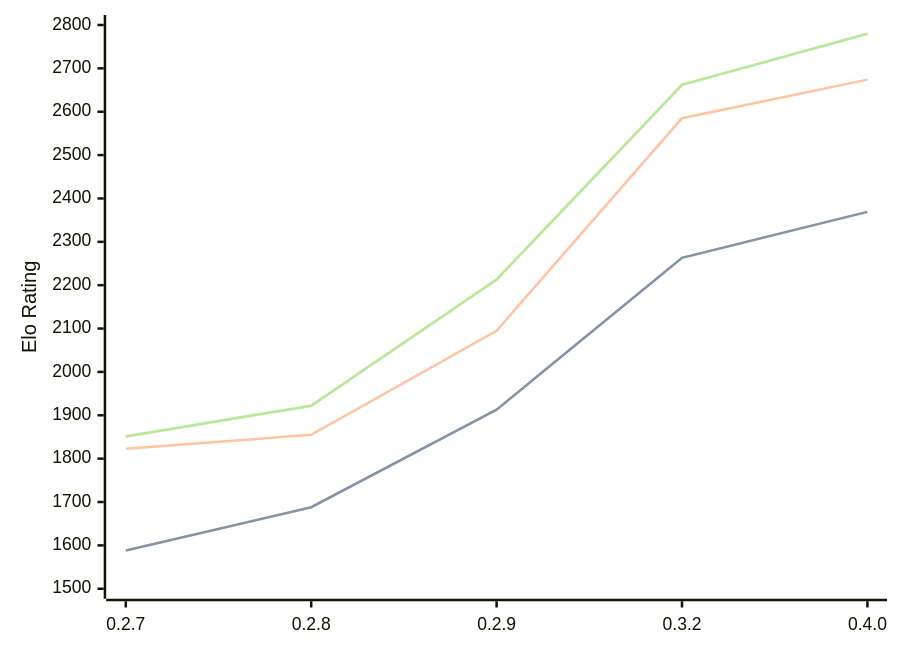
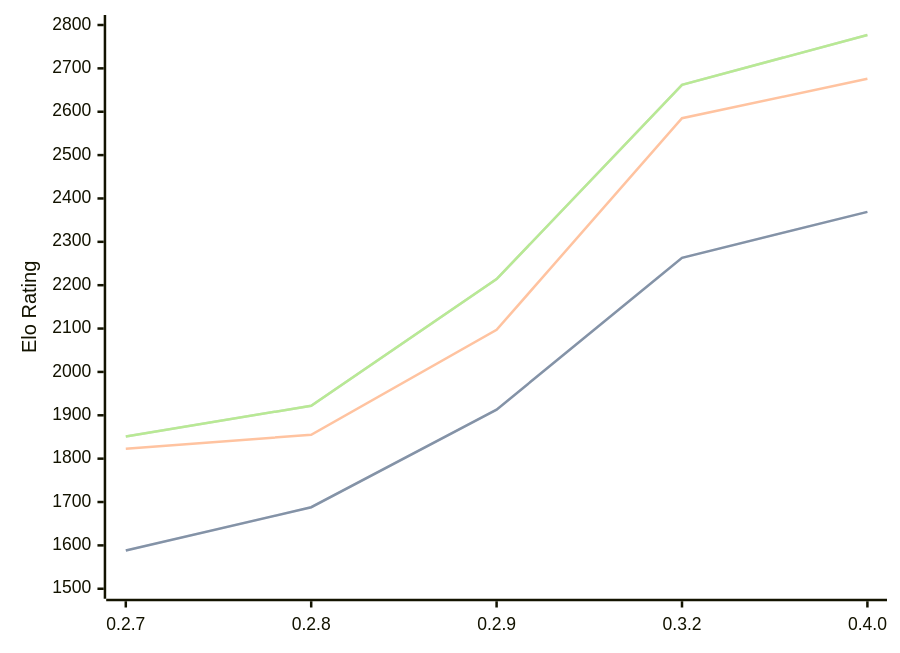
One commit to computer-chess-index/cci changed the diagram in engines/Dual.md. Above: the diagram before and after it, drawn with Mermaid. The commit also changed other lines of this file, not shown here.

Commit message:
Update CCI Ratings (ELO VLTC) - 2026-07-25

````diff
--- a/engines/Dual.md
+++ b/engines/Dual.md
@@ -45,11 +45,11 @@
 ```mermaid
 %%{init: {"theme":"base","themeVariables":{"seriesColors:['#a3a3a3','#222221','#faa371']}}}%%
 xychart-beta
   x-axis ["0.2.7", "0.2.8", "0.2.9", "0.3.2", "0.4.0"]
   y-axis "Elo Rating" 1500 --> 2800
   line "STC (8.0+0.08s)" [1588, 1688, 1913, 2263, 2369]
   line "STC (8.0+0.08s)" [1588, 1688, 1913, 2263, 2369]
-  line "LTC (60.0+0.60s)" [1823, 1855, 2095, 2585, 2674]
-  line "VLTC (2m24s+1.12s)" [1851, 1922, 2213, 2662, 2780]
-  line "VLTC (2m24s+1.12s)" [1851, 1922, 2213, 2662, 2780]
+  line "LTC (60.0+0.60s)" [1823, 1855, 2097, 2585, 2676]
+  line "VLTC (2m24s+1.12s)" [1851, 1922, 2214, 2662, 2777]
+  line "VLTC (2m24s+1.12s)" [1851, 1922, 2214, 2662, 2777]
 ```
````
